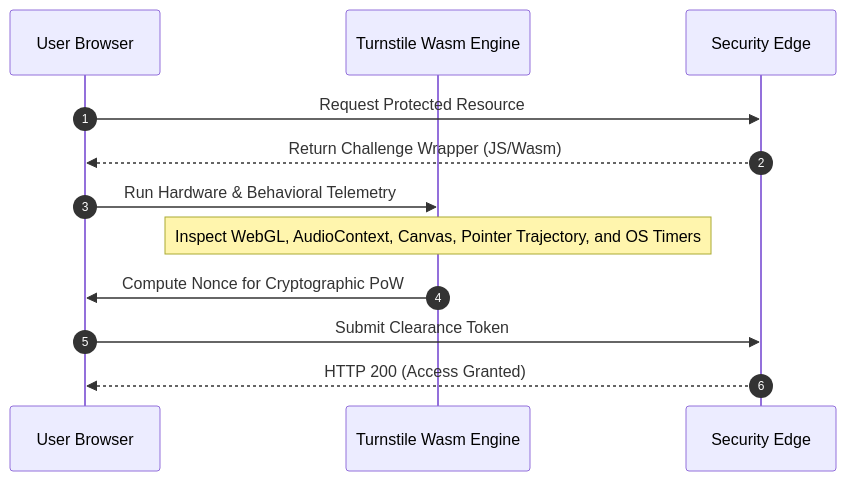
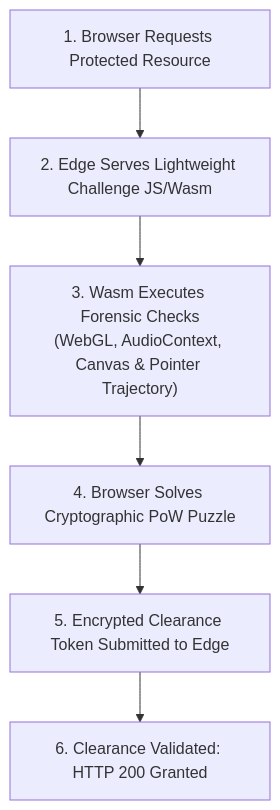
One commit to naimurhasan/naimurhasan.github.io changed the third of 3 diagrams in _posts/2026-10-22-traditional-captcha-vs-invisible-challenges.md. Above: the diagram before and after it, drawn with Mermaid. The commit also changed other lines of this file and 28 other files, not shown here.

Commit message:
fix(blog): refactor all Mermaid diagrams to vertical legible layouts and restore in-body illustrations

````diff
--- a/_posts/2026-10-22-traditional-captcha-vs-invisible-challenges.md
+++ b/_posts/2026-10-22-traditional-captcha-vs-invisible-challenges.md
@@ -70,15 +69,8 @@
 ```mermaid
-sequenceDiagram
-  autonumber
-  participant Browser as User Browser
-  participant Engine as Turnstile Wasm Engine
-  participant Edge as Security Edge
-
-  Browser->>Edge: Request Protected Resource
-  Edge-->>Browser: Return Challenge Wrapper (JS/Wasm)
-  Browser->>Engine: Run Hardware & Behavioral Telemetry
-  Note over Engine: Inspect WebGL, AudioContext, Canvas, Pointer Trajectory, and OS Timers
-  Engine->>Browser: Compute Nonce for Cryptographic PoW
-  Browser->>Edge: Submit Clearance Token
-  Edge-->>Browser: HTTP 200 (Access Granted)
+flowchart TD
+  Req["1. Browser Requests Protected Resource"] --> Edge["2. Edge Serves Lightweight Challenge JS/Wasm"]
+  Edge --> Telemetry["3. Wasm Executes Forensic Checks<br/>(WebGL, AudioContext, Canvas & Pointer Trajectory)"]
+  Telemetry --> PoW["4. Browser Solves Cryptographic PoW Puzzle"]
+  PoW --> Submit["5. Encrypted Clearance Token Submitted to Edge"]
+  Submit --> Grant["6. Clearance Validated: HTTP 200 Granted"]
 ```
````
